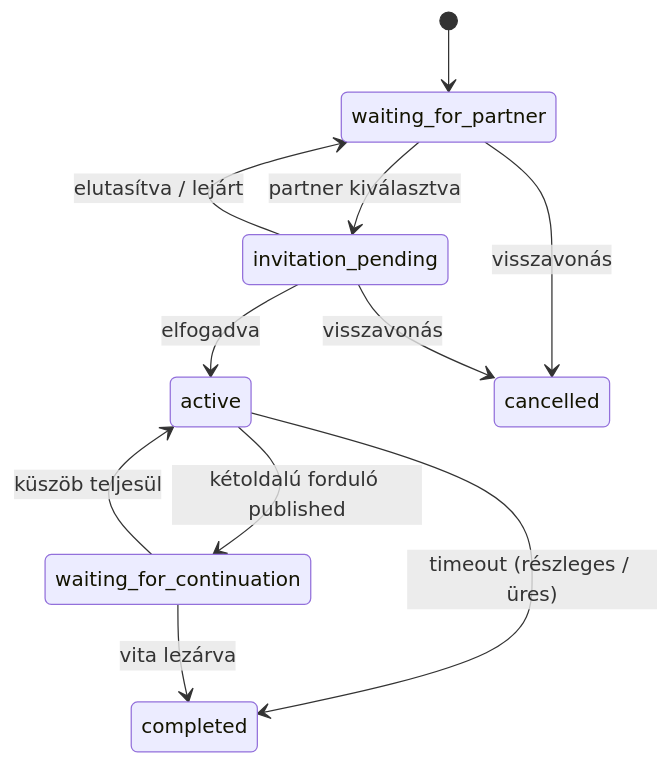
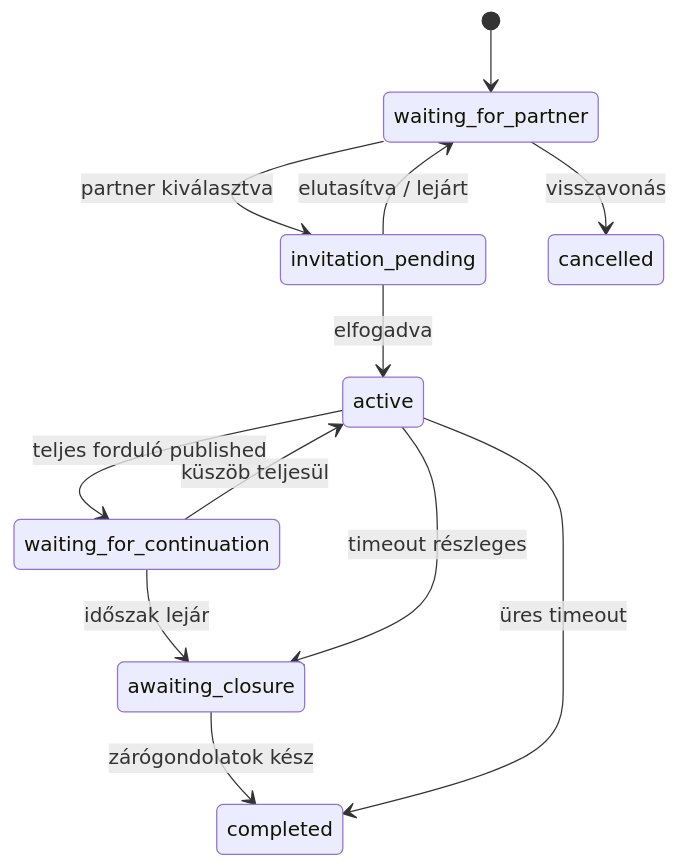
Before and after one commit to kolor49-ui/winunio: the diagram in docs/STATE_MACHINE.md, drawn with Mermaid. The commit also changed other lines of this file and 30 other files, not shown here.

First line of the commit message:
Align round flow with sequential A→B publication and closure model.

````diff
--- a/docs/STATE_MACHINE.md
+++ b/docs/STATE_MACHINE.md
@@ -149,13 +180,14 @@
 ```mermaid
 stateDiagram-v2
   [*] --> waiting_for_partner
   waiting_for_partner --> invitation_pending: partner kiválasztva
   invitation_pending --> active: elfogadva
   invitation_pending --> waiting_for_partner: elutasítva / lejárt
-  active --> waiting_for_continuation: kétoldalú forduló published
+  active --> waiting_for_continuation: teljes forduló published
   waiting_for_continuation --> active: küszöb teljesül
-  active --> completed: timeout (részleges / üres)
-  waiting_for_continuation --> completed: vita lezárva
+  waiting_for_continuation --> awaiting_closure: időszak lejár
+  active --> awaiting_closure: timeout részleges
+  awaiting_closure --> completed: zárógondolatok kész
+  active --> completed: üres timeout
   waiting_for_partner --> cancelled: visszavonás
-  invitation_pending --> cancelled: visszavonás
 ```
````
